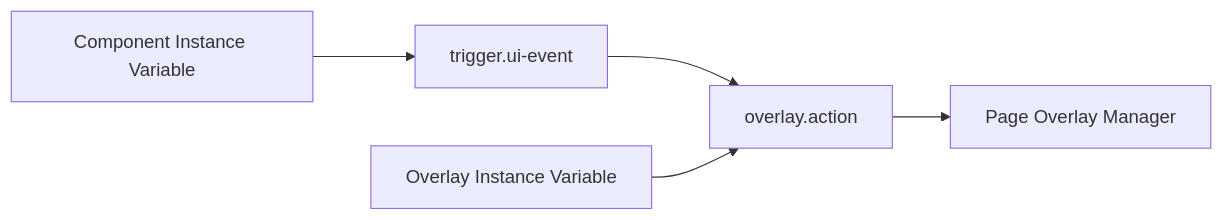
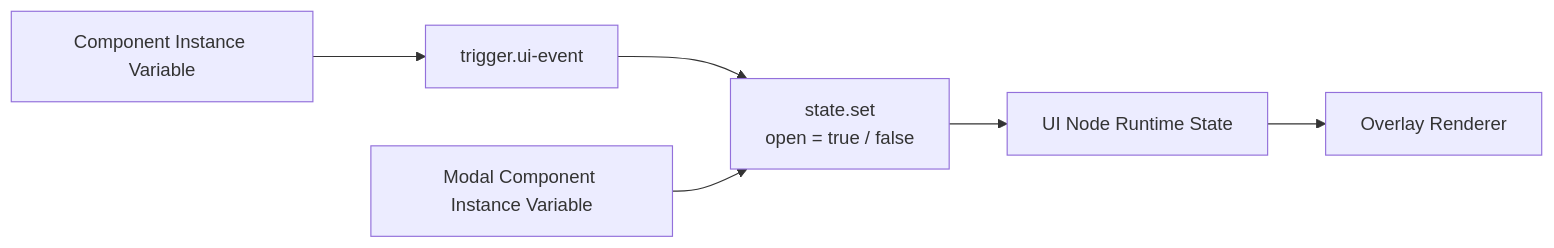
The second of 3 diagrams in docs/architecture/05-ui-and-responsive-model.md (northwest-hcu/FlagShip), drawn with Mermaid before and after one commit. The commit also changed other lines of this file and 24 other files, not shown here.

````diff
--- a/docs/architecture/05-ui-and-responsive-model.md
+++ b/docs/architecture/05-ui-and-responsive-model.md
@@ -166,7 +166,8 @@
 ```mermaid
 flowchart LR
     ButtonVariable["Component Instance Variable"] --> Trigger["trigger.ui-event"]
-    Trigger --> Action["overlay.action"]
-    OverlayVariable["Overlay Instance Variable"] --> Action
-    Action --> Manager["Page Overlay Manager"]
+    Trigger --> SetState["state.set<br/>open = true / false"]
+    ModalVariable["Modal Component Instance Variable"] --> SetState
+    SetState --> RuntimeState["UI Node Runtime State"]
+    RuntimeState --> Renderer["Overlay Renderer"]
 ```
````
